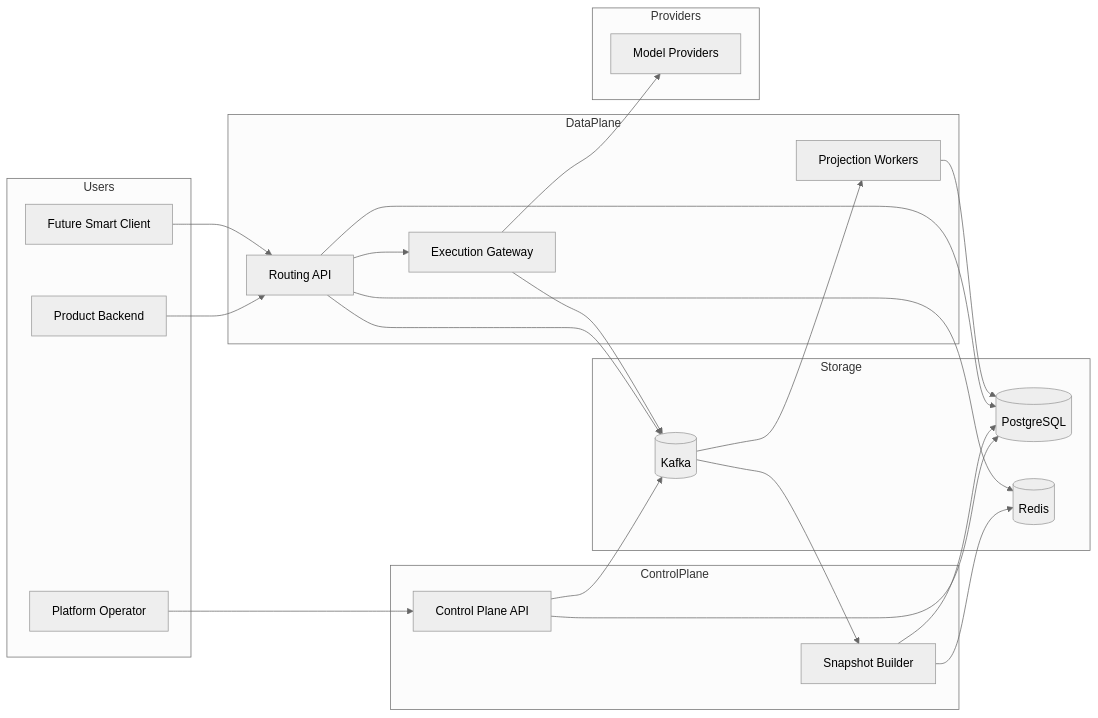
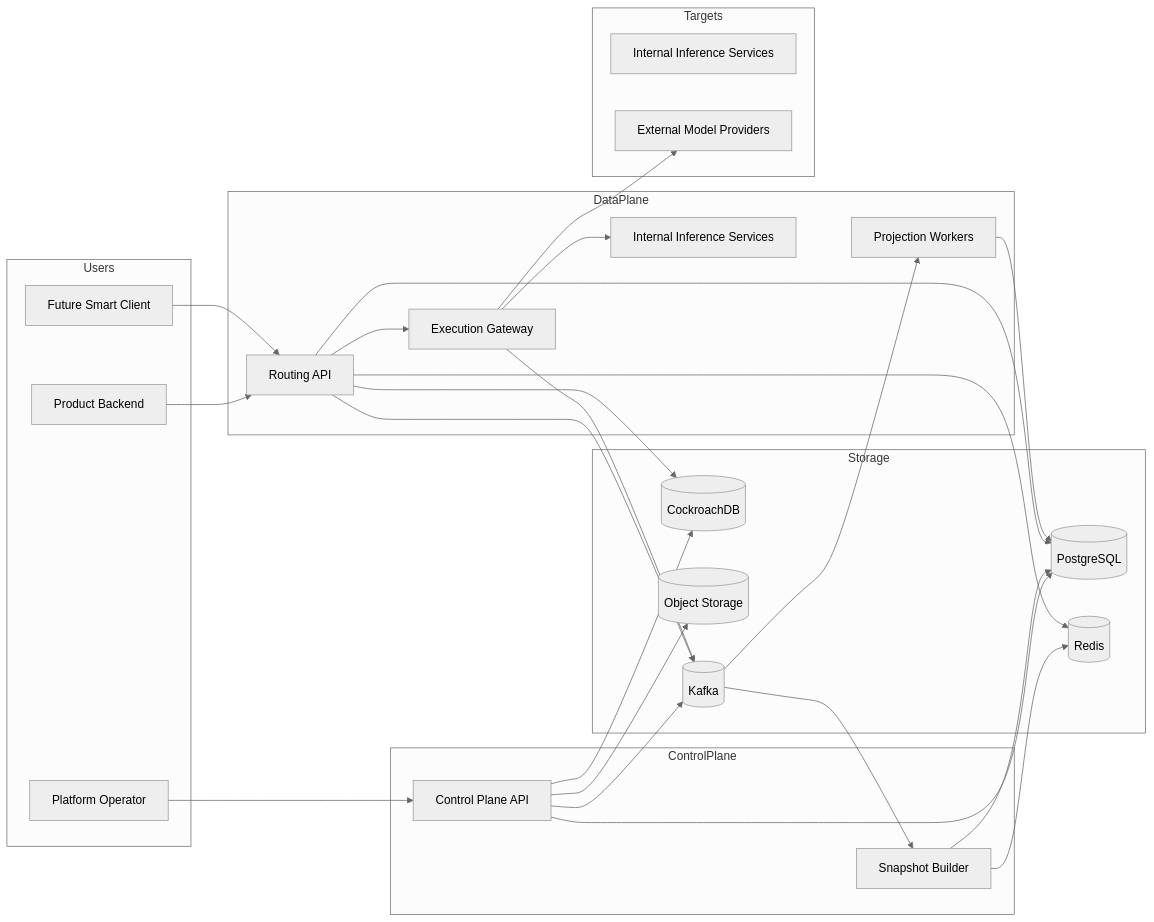
One commit to brandon-benge/example-model-routing changed the first of 5 diagrams in README.md. Above: the diagram before and after it, drawn with Mermaid (neutral theme). The commit also changed other lines of this file and 6 other files, not shown here.

````diff
--- a/README.md
+++ b/README.md
@@ -17,47 +18,55 @@
 ```mermaid
 flowchart LR
     subgraph Users
         OP[Platform Operator]
         APP[Product Backend]
         SC[Future Smart Client]
     end
 
     subgraph ControlPlane
         CPA[Control Plane API]
         SB[Snapshot Builder]
     end
 
     subgraph DataPlane
         RA[Routing API]
         EG[Execution Gateway]
+        IIS[Internal Inference Services]
         PW[Projection Workers]
     end
 
     subgraph Storage
         PG[(PostgreSQL)]
+        CRDB[(CockroachDB)]
+        OBJ[(Object Storage)]
         REDIS[(Redis)]
         KAFKA[(Kafka)]
     end
 
-    subgraph Providers
-        MP[Model Providers]
+    subgraph Targets
+        IIS2[Internal Inference Services]
+        MP[External Model Providers]
     end
 
     OP --> CPA
     CPA --> PG
+    CPA --> CRDB
+    CPA --> OBJ
     CPA --> KAFKA
     KAFKA --> SB
     SB --> PG
     SB --> REDIS
 
     APP --> RA
     SC --> RA
     RA --> REDIS
     RA --> PG
+    RA --> CRDB
     RA --> EG
     RA --> KAFKA
+    EG --> IIS
     EG --> MP
     EG --> KAFKA
     KAFKA --> PW
     PW --> PG
 ```
````
